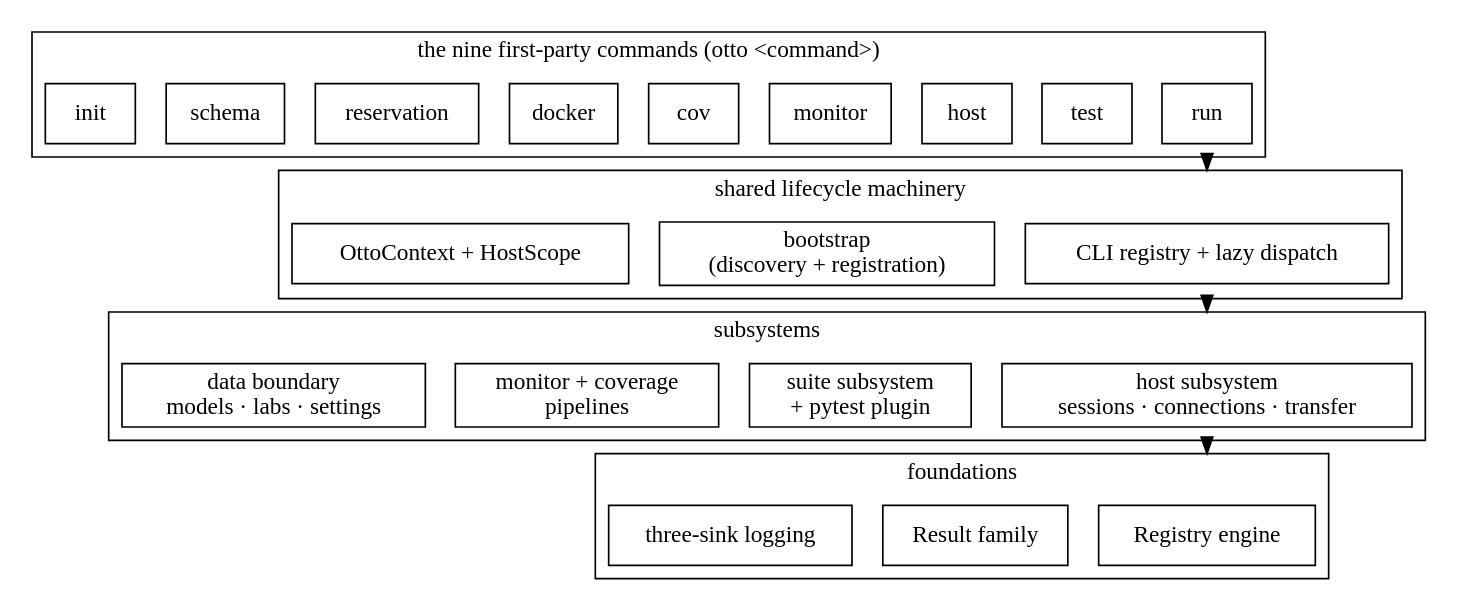
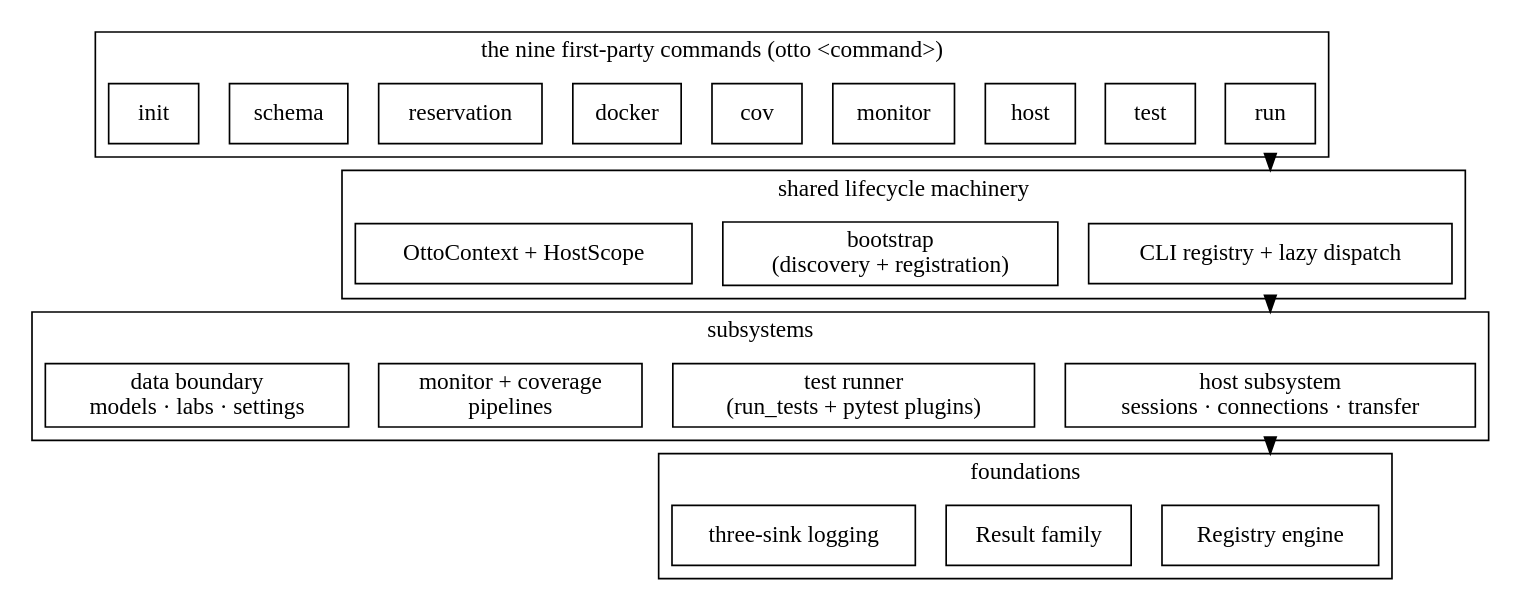
One commit to ludachrish3/otto-sh changed the diagram in docs/architecture/overview.md. Above: the diagram before and after it, drawn with Graphviz. The commit also changed other lines of this file and 303 other files, not shown here.

````diff
--- a/docs/architecture/overview.md
+++ b/docs/architecture/overview.md
@@ -31,38 +31,38 @@
 ```{graphviz}
 digraph bigpicture {
     rankdir=TB;
     node [shape=box];
     compound=true;
 
     subgraph cluster_commands {
         label="the nine first-party commands (otto <command>)";
         run; test; host; monitor; cov; docker; reservation; schema; init;
     }
 
     subgraph cluster_shared {
         label="shared lifecycle machinery";
         cli [label="CLI registry + lazy dispatch"];
         boot [label="bootstrap\n(discovery + registration)"];
         ctx [label="OttoContext + HostScope"];
     }
 
     subgraph cluster_subsystems {
         label="subsystems";
         hosts [label="host subsystem\nsessions · connections · transfer"];
-        suites [label="suite subsystem\n+ pytest plugin"];
+        tests [label="test runner\n(run_tests + pytest plugins)"];
         observers [label="monitor + coverage\npipelines"];
         data [label="data boundary\nmodels · labs · settings"];
     }
 
     subgraph cluster_foundation {
         label="foundations";
         registry [label="Registry engine"];
         result [label="Result family"];
         logging [label="three-sink logging"];
     }
 
     run -> cli [ltail=cluster_commands, lhead=cluster_shared];
     cli -> hosts [ltail=cluster_shared, lhead=cluster_subsystems];
     hosts -> registry [ltail=cluster_subsystems, lhead=cluster_foundation];
 }
 ```
````
